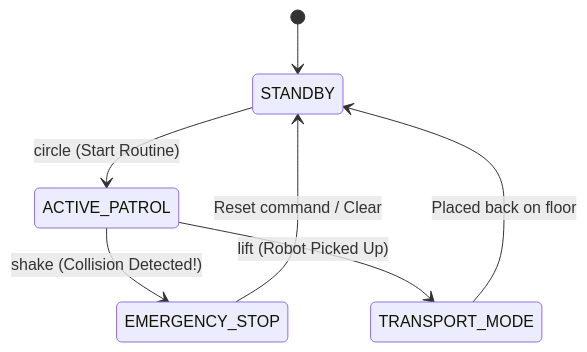
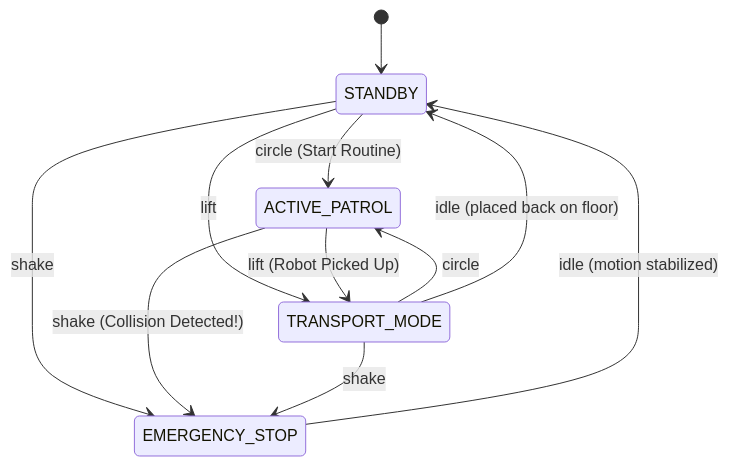
Before and after one commit to drsanti/kmutt-nd69: the diagram in nd3/docs/week08/labs/README.md, drawn with Mermaid. The commit also changed other lines of this file and 29 other files, not shown here.

````diff
--- a/nd3/docs/week08/labs/README.md
+++ b/nd3/docs/week08/labs/README.md
@@ -414,9 +415,13 @@
 ```mermaid
 stateDiagram-v2
     [*] --> STANDBY
     STANDBY --> ACTIVE_PATROL: circle (Start Routine)
+    TRANSPORT_MODE --> ACTIVE_PATROL: circle
+    STANDBY --> EMERGENCY_STOP: shake
     ACTIVE_PATROL --> EMERGENCY_STOP: shake (Collision Detected!)
+    TRANSPORT_MODE --> EMERGENCY_STOP: shake
+    STANDBY --> TRANSPORT_MODE: lift
     ACTIVE_PATROL --> TRANSPORT_MODE: lift (Robot Picked Up)
-    TRANSPORT_MODE --> STANDBY: Placed back on floor
-    EMERGENCY_STOP --> STANDBY: Reset command / Clear
+    TRANSPORT_MODE --> STANDBY: idle (placed back on floor)
+    EMERGENCY_STOP --> STANDBY: idle (motion stabilized)
 ```
````
